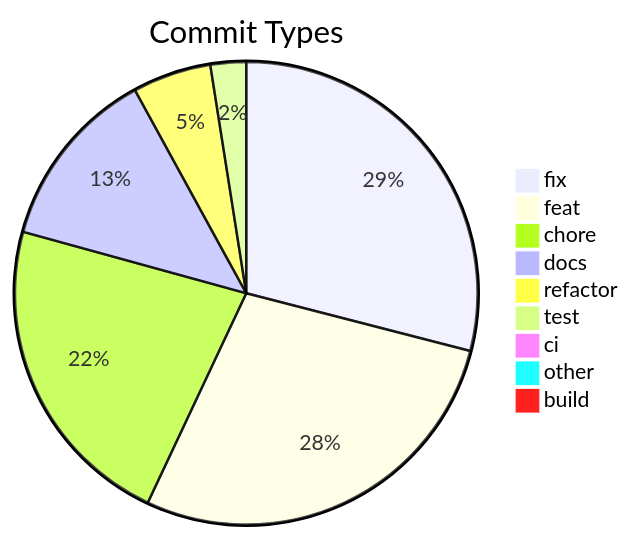
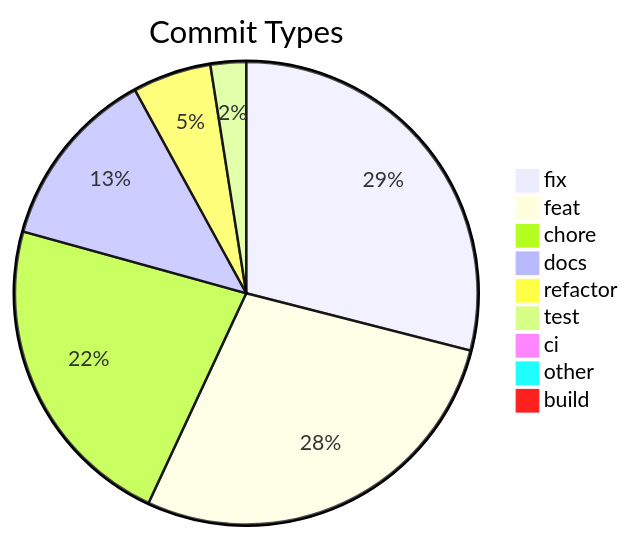
One commit to svenroth-ai/shipwright changed the diagram in .shipwright/compliance/change-history.md. Above: the diagram before and after it, drawn with Mermaid. The commit also changed other lines of this file and 29 other files, not shown here.

````diff
--- a/.shipwright/compliance/change-history.md
+++ b/.shipwright/compliance/change-history.md
@@ -8,12 +8,12 @@
 ```mermaid
 pie title Commit Types
     "fix" : 280
     "feat" : 270
-    "chore" : 215
+    "chore" : 216
     "docs" : 123
     "refactor" : 53
     "test" : 24
     "ci" : 7
     "other" : 7
     "build" : 1
 ```
````
